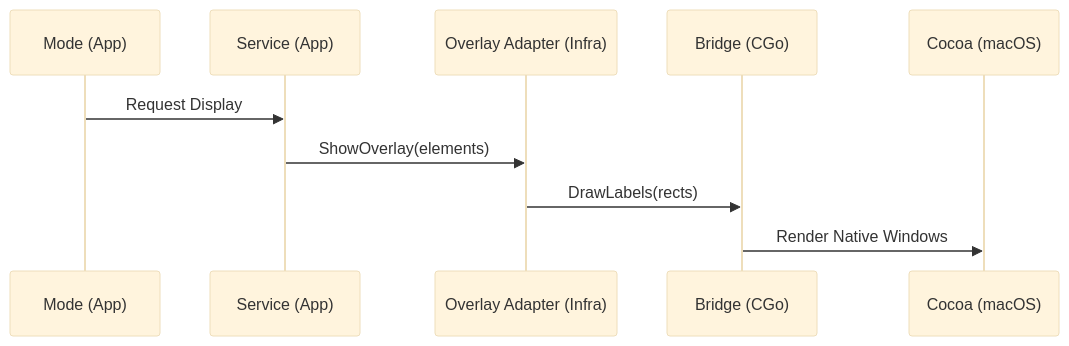
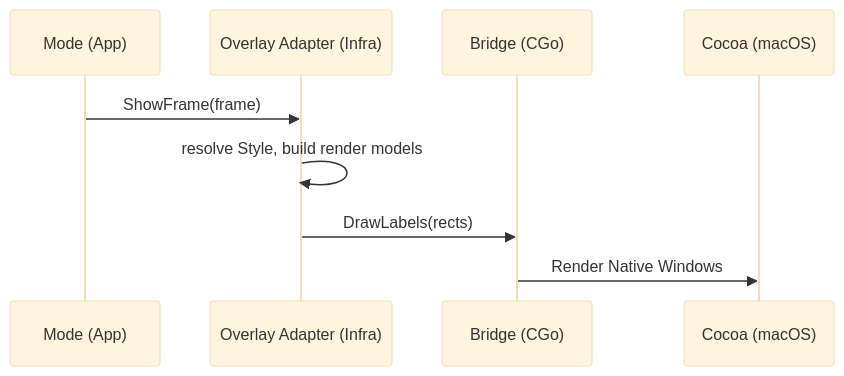
The third of 3 diagrams in docs/ARCHITECTURE.md (y3owk1n/neru), drawn with Mermaid (base theme) before and after one commit. The commit also changed other lines of this file and 9 other files, not shown here.

````diff
--- a/docs/ARCHITECTURE.md
+++ b/docs/ARCHITECTURE.md
@@ -305,13 +313,12 @@
 ```mermaid
 sequenceDiagram
     participant M as Mode (App)
-    participant S as Service (App)
     participant OA as Overlay Adapter (Infra)
     participant B as Bridge (CGo)
     participant C as Cocoa (macOS)
 
-    M->>S: Request Display
-    S->>OA: ShowOverlay(elements)
+    M->>OA: ShowFrame(frame)
+    OA->>OA: resolve Style, build render models
     OA->>B: DrawLabels(rects)
     B->>C: Render Native Windows
 ```
````
